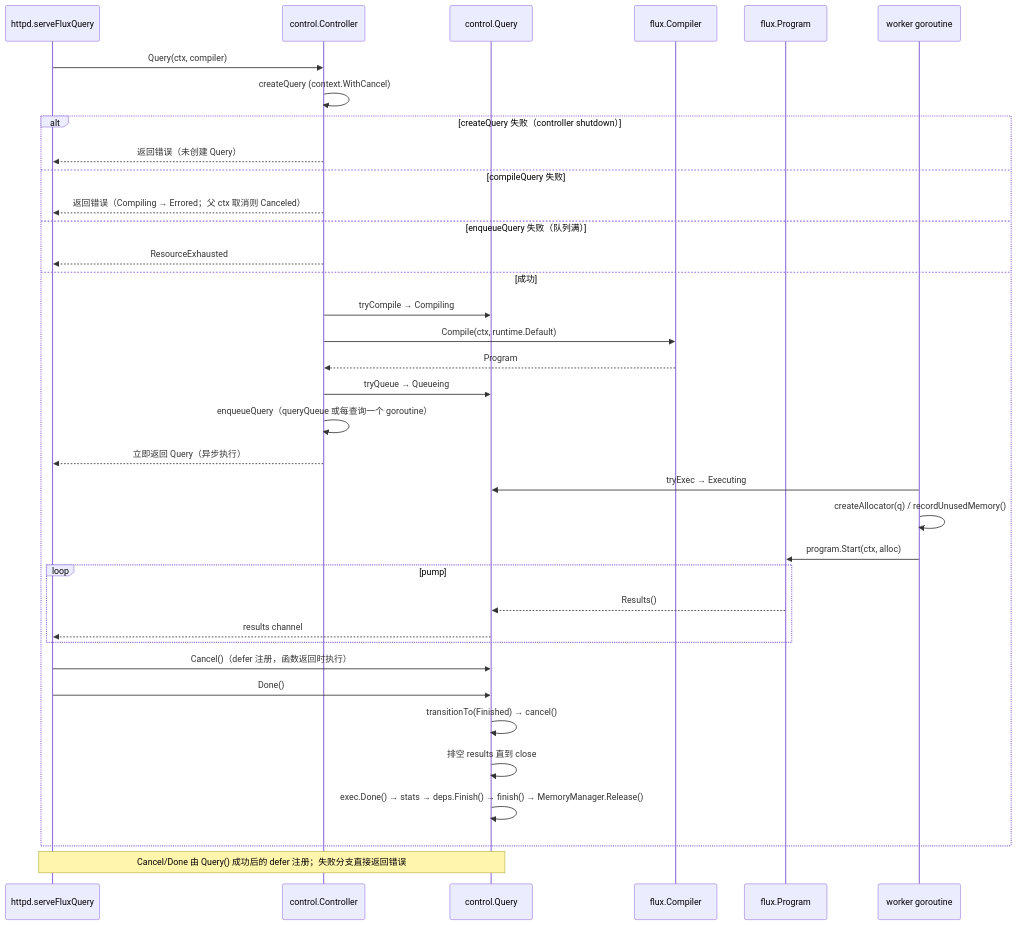
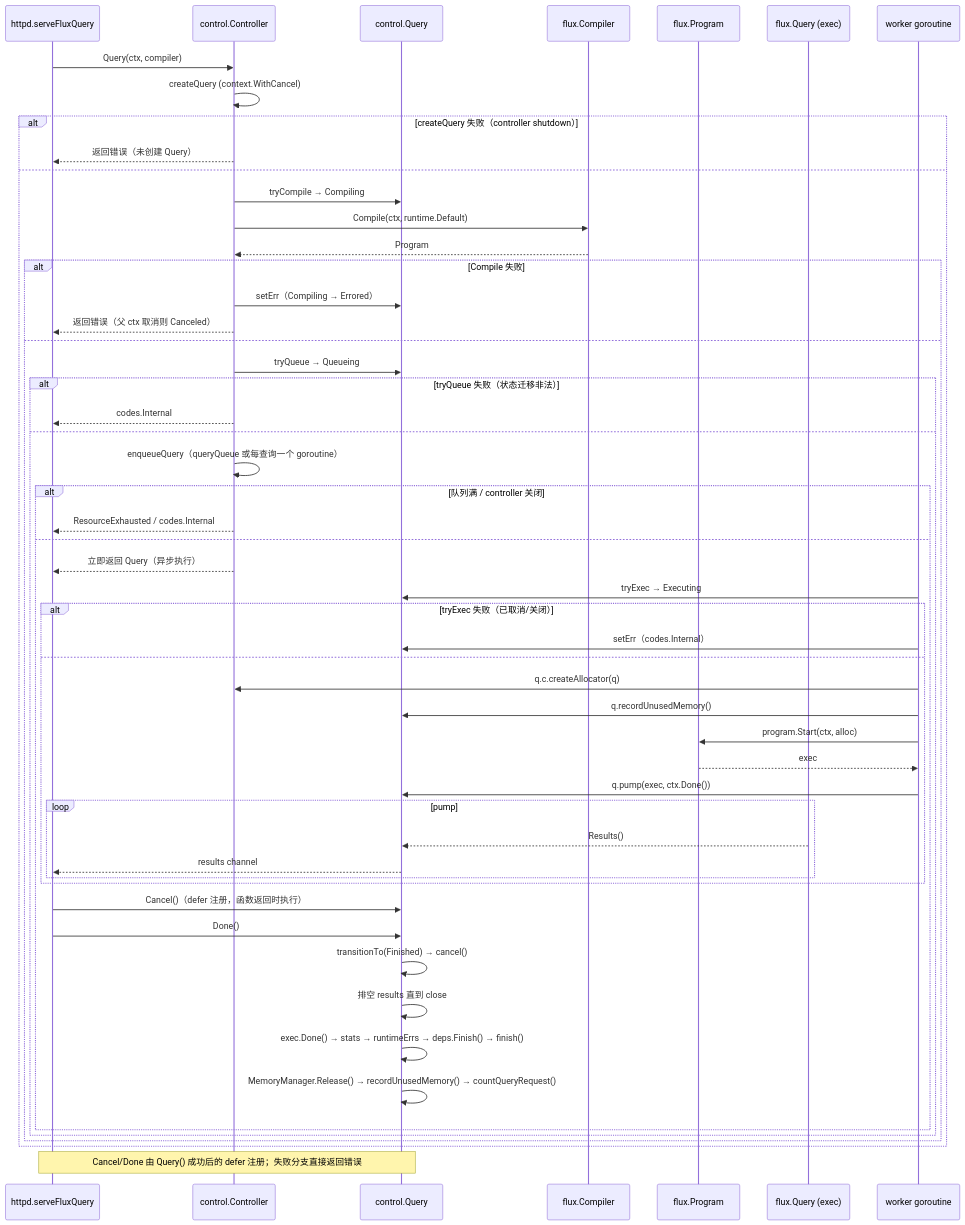
The second of 9 diagrams in docs/specs/v1.8.10-vs-v1.12.3/03_query_engine_diff.md (stefanv5/influxdb), drawn with Mermaid before and after one commit. The commit also changed other lines of this file and 11 other files, not shown here.

First line of the commit message:
docs: complete D1-D6 diagram/module/case audit

````diff
--- a/docs/specs/v1.8.10-vs-v1.12.3/03_query_engine_diff.md
+++ b/docs/specs/v1.8.10-vs-v1.12.3/03_query_engine_diff.md
@@ -150,39 +162,57 @@
 ```mermaid
 sequenceDiagram
     participant H as httpd.serveFluxQuery
     participant C as control.Controller
     participant Q as control.Query
     participant K as flux.Compiler
     participant P as flux.Program
+    participant X as flux.Query (exec)
     participant W as worker goroutine
 
     H->>C: Query(ctx, compiler)
     C->>C: createQuery (context.WithCancel)
     alt createQuery 失败（controller shutdown）
         C-->>H: 返回错误（未创建 Query）
-    else compileQuery 失败
-        C-->>H: 返回错误（Compiling → Errored；父 ctx 取消则 Canceled）
-    else enqueueQuery 失败（队列满）
-        C-->>H: ResourceExhausted
-    else 成功
+    else
         C->>Q: tryCompile → Compiling
         C->>K: Compile(ctx, runtime.Default)
         K-->>C: Program
-        C->>Q: tryQueue → Queueing
-        C->>C: enqueueQuery（queryQueue 或每查询一个 goroutine）
-        C-->>H: 立即返回 Query（异步执行）
-        W->>Q: tryExec → Executing
-        W->>W: createAllocator(q) / recordUnusedMemory()
-        W->>P: program.Start(ctx, alloc)
-        loop pump
-            P-->>Q: Results()
-            Q-->>H: results channel
+        alt Compile 失败
+            C->>Q: setErr（Compiling → Errored）
+            C-->>H: 返回错误（父 ctx 取消则 Canceled）
+        else
+            C->>Q: tryQueue → Queueing
+            alt tryQueue 失败（状态迁移非法）
+                C-->>H: codes.Internal
+            else
+                C->>C: enqueueQuery（queryQueue 或每查询一个 goroutine）
+                alt 队列满 / controller 关闭
+                    C-->>H: ResourceExhausted / codes.Internal
+                else
+                    C-->>H: 立即返回 Query（异步执行）
+                    W->>Q: tryExec → Executing
+                    alt tryExec 失败（已取消/关闭）
+                        W->>Q: setErr（codes.Internal）
+                    else
+                        W->>C: q.c.createAllocator(q)
+                        W->>Q: q.recordUnusedMemory()
+                        W->>P: program.Start(ctx, alloc)
+                        P-->>W: exec
+                        W->>Q: q.pump(exec, ctx.Done())
+                        loop pump
+                            X-->>Q: Results()
+                            Q-->>H: results channel
+                        end
+                    end
+                    H->>Q: Cancel()（defer 注册，函数返回时执行）
+                    H->>Q: Done()
+                    Q->>Q: transitionTo(Finished) → cancel()
+                    Q->>Q: 排空 results 直到 close
+                    Q->>Q: exec.Done() → stats → runtimeErrs → deps.Finish() → finish()
+                    Q->>Q: MemoryManager.Release() → recordUnusedMemory() → countQueryRequest()
+                end
+            end
         end
-        H->>Q: Cancel()（defer 注册，函数返回时执行）
-        H->>Q: Done()
-        Q->>Q: transitionTo(Finished) → cancel()
-        Q->>Q: 排空 results 直到 close
-        Q->>Q: exec.Done() → stats → deps.Finish() → finish() → MemoryManager.Release()
     end
     Note over H,Q: Cancel/Done 由 Query() 成功后的 defer 注册；失败分支直接返回错误
 ```
````
